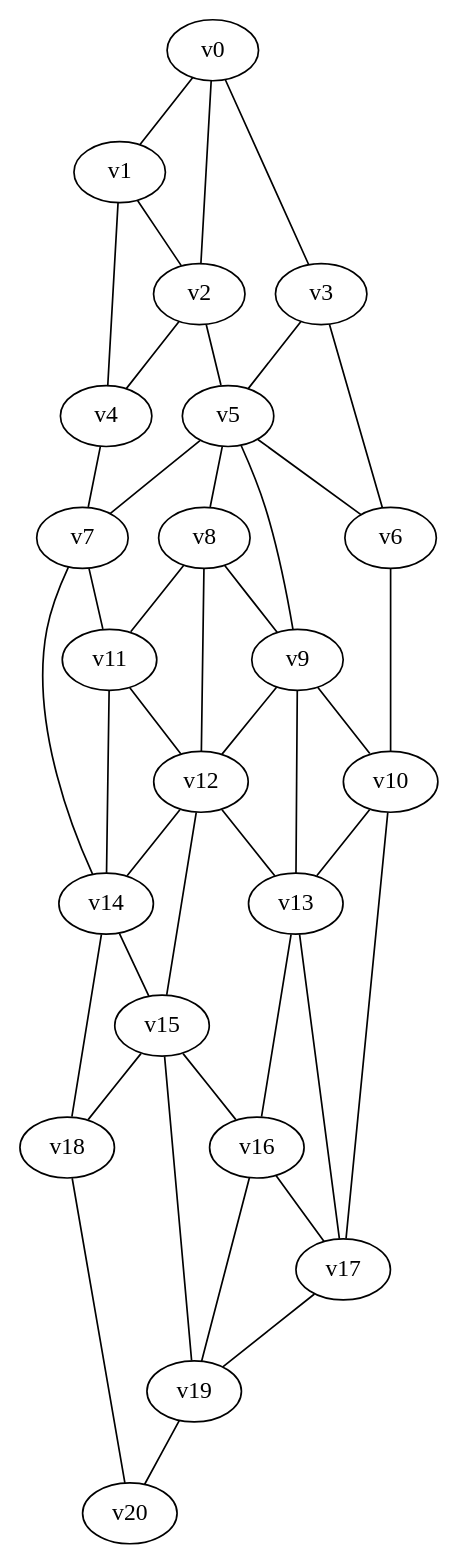
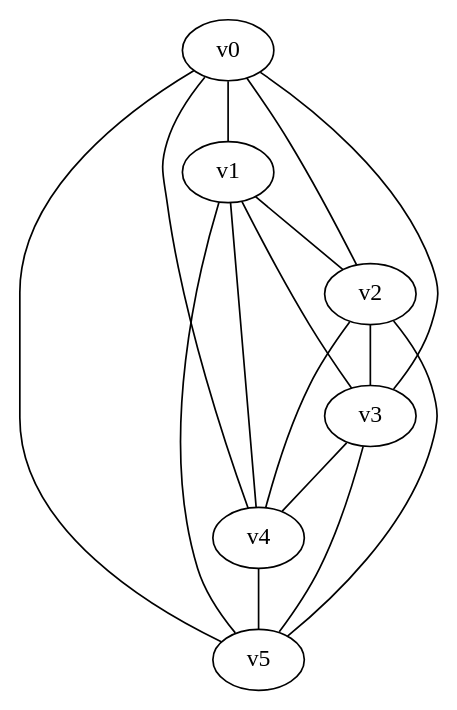
One commit to olvb/nodesoup changed the diagram in samples/k6.dot. Above: the diagram before and after it, drawn with Graphviz. The commit also changed 27 other files, not shown here.

```diff
--- a/samples/k6.dot
+++ b/samples/k6.dot
@@ -1,44 +1,17 @@
 graph {
 v0 -- v1;
+v1 -- v2;
+v2 -- v3;
+v3 -- v4;
+v4 -- v5;
+v0 -- v5;
 v0 -- v2;
 v0 -- v3;
-v1 -- v2;
+v0 -- v4;
+v1 -- v3;
 v1 -- v4;
+v1 -- v5;
 v2 -- v4;
 v2 -- v5;
 v3 -- v5;
-v3 -- v6;
-v4 -- v7;
-v5 -- v7;
-v5 -- v8;
-v5 -- v9;
-v5 -- v6;
-v6 -- v10;
-v7 -- v14;
-v7 -- v11;
-v8 -- v11;
-v8 -- v12;
-v8 -- v9;
-v9 -- v12;
-v9 -- v13;
-v9 -- v10;
-v10 -- v13;
-v10 -- v17;
-v11 -- v14;
-v11 -- v12;
-v12 -- v14;
-v12 -- v15;
-v12 -- v13;
-v13 -- v16;
-v13 -- v17;
-v14 -- v18;
-v14 -- v15;
-v15 -- v18;
-v15 -- v19;
-v15 -- v16;
-v16 -- v19;
-v16 -- v17;
-v17 -- v19;
-v18 -- v20;
-v19 -- v20;
 }
```
